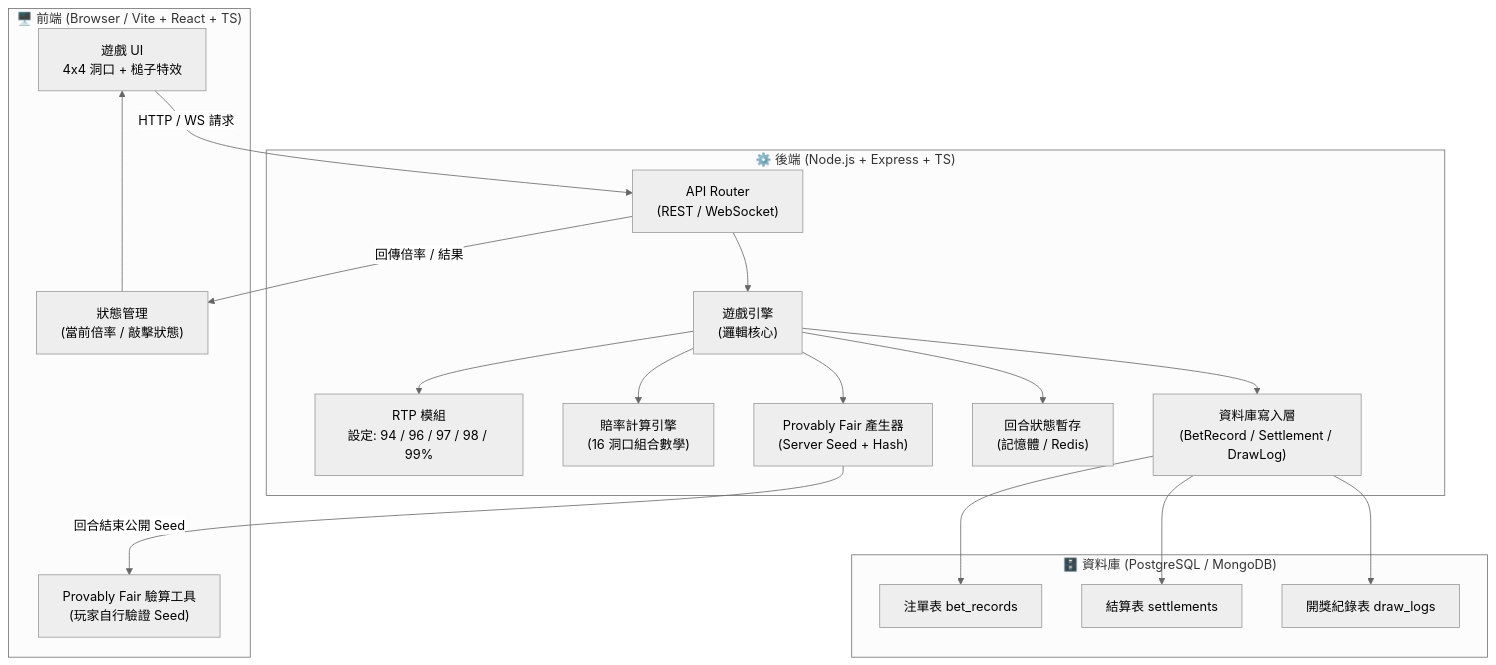
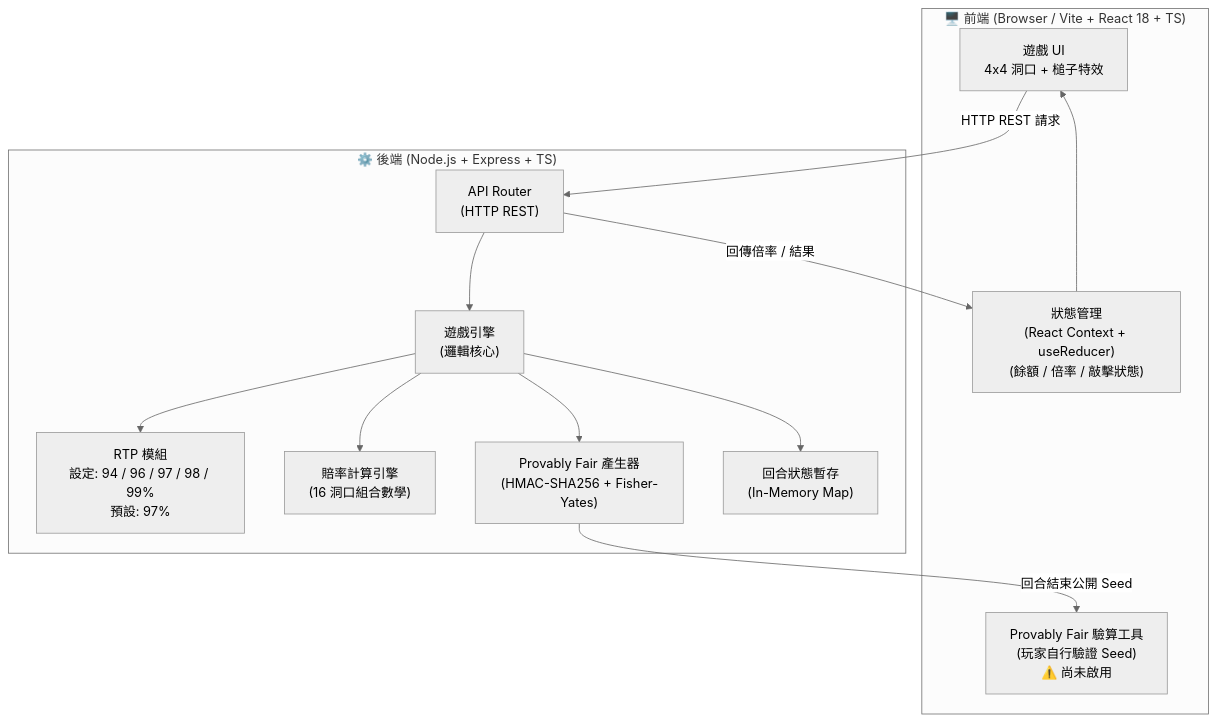
Before and after one commit to dalemiao3721/hitmous-game: the first of 2 diagrams in proposal.md, drawn with Mermaid (neutral theme). The commit also changed other lines of this file, not shown here.

Commit message:
docs: update hitmous-game proposal data structures to v1.4

````diff
--- a/proposal.md
+++ b/proposal.md
@@ -67,38 +120,27 @@
 ```mermaid
 graph TB
-    subgraph Client["🖥️  前端 (Browser / Vite + React + TS)"]
+    subgraph Client["🖥️  前端 (Browser / Vite + React 18 + TS)"]
         UI["遊戲 UI\n4x4 洞口 + 槌子特效"]
-        State["狀態管理\n(當前倍率 / 敲擊狀態)"]
-        FairVerify["Provably Fair 驗算工具\n(玩家自行驗證 Seed)"]
+        State["狀態管理\n(React Context + useReducer)\n(餘額 / 倍率 / 敲擊狀態)"]
+        FairVerify["Provably Fair 驗算工具\n(玩家自行驗證 Seed)\n⚠️ 尚未啟用"]
     end
 
     subgraph Backend["⚙️  後端 (Node.js + Express + TS)"]
-        Router["API Router\n(REST / WebSocket)"]
+        Router["API Router\n(HTTP REST)"]
         GameEngine["遊戲引擎\n(邏輯核心)"]
-        RTPModule["RTP 模組\n設定: 94 / 96 / 97 / 98 / 99%"]
+        RTPModule["RTP 模組\n設定: 94 / 96 / 97 / 98 / 99%\n預設: 97%"]
         MultiplierCalc["賠率計算引擎\n(16 洞口組合數學)"]
-        ProvenFair["Provably Fair 產生器\n(Server Seed + Hash)"]
-        SessionStore["回合狀態暫存\n(記憶體 / Redis)"]
-        DBWriter["資料庫寫入層\n(BetRecord / Settlement / DrawLog)"]
+        ProvenFair["Provably Fair 產生器\n(HMAC-SHA256 + Fisher-Yates)"]
+        SessionStore["回合狀態暫存\n(In-Memory Map)"]
     end
 
-    subgraph Database["🗄️  資料庫 (PostgreSQL / MongoDB)"]
-        BetTable["注單表 bet_records"]
-        SettleTable["結算表 settlements"]
-        DrawTable["開獎紀錄表 draw_logs"]
-    end
-
-    UI -- "HTTP / WS 請求" --> Router
+    UI -- "HTTP REST 請求" --> Router
     Router --> GameEngine
     GameEngine --> RTPModule
     GameEngine --> MultiplierCalc
     GameEngine --> ProvenFair
     GameEngine --> SessionStore
-    GameEngine --> DBWriter
-    DBWriter --> BetTable
-    DBWriter --> SettleTable
-    DBWriter --> DrawTable
     Router -- "回傳倍率 / 結果" --> State
     State --> UI
     ProvenFair -- "回合結束公開 Seed" --> FairVerify
 ```
````
